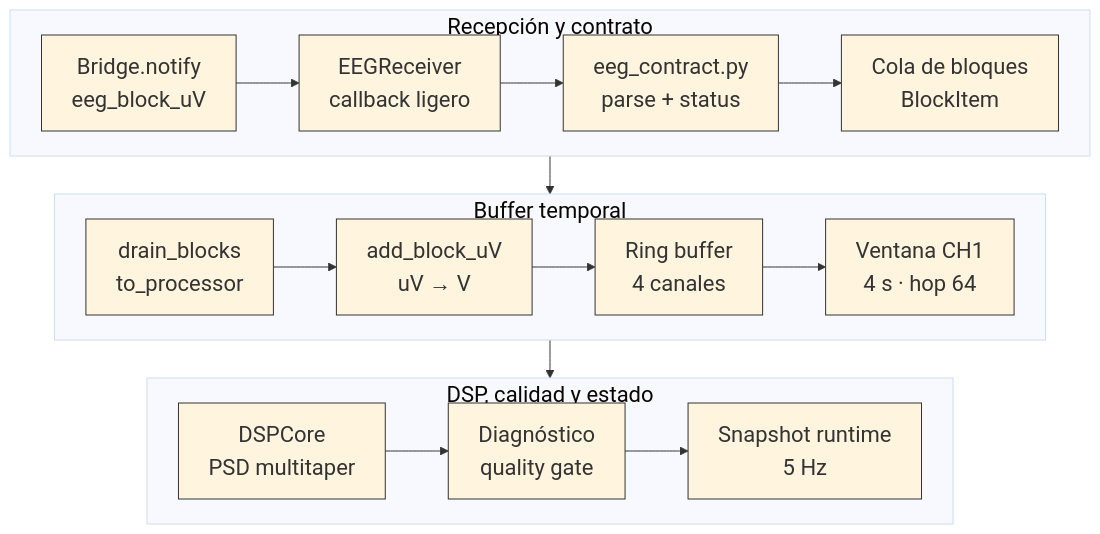
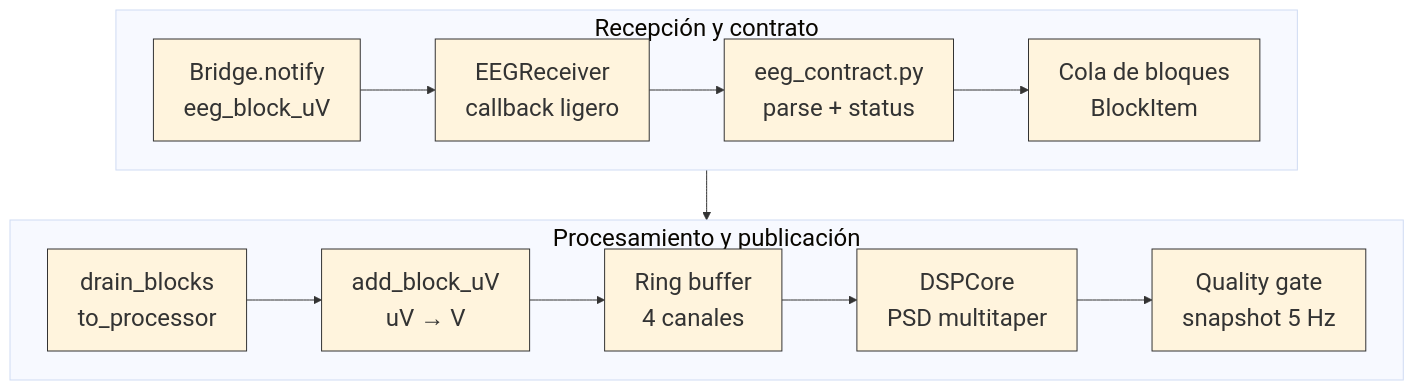
The diagram in TFG_EEG_MIDI/images/uml/impl_backend_flujo_python.mmd (valtorresm97/REDACCION-TFG), drawn with Mermaid before and after one commit.

Commit message:
Reshape backend flow diagram for larger balanced layout

```diff
--- a/TFG_EEG_MIDI/images/uml/impl_backend_flujo_python.mmd
+++ b/TFG_EEG_MIDI/images/uml/impl_backend_flujo_python.mmd
@@ -1,24 +1,18 @@
-%%{init: {"theme": "base", "themeVariables": {"fontSize": "22px", "fontFamily": "Arial", "primaryBorderColor": "#333333", "lineColor": "#333333"}, "flowchart": {"htmlLabels": true, "nodeSpacing": 30, "rankSpacing": 38, "curve": "basis"}}}%%
+%%{init: {"theme": "base", "themeVariables": {"fontSize": "24px", "fontFamily": "Arial", "primaryBorderColor": "#333333", "lineColor": "#333333"}, "flowchart": {"htmlLabels": true, "nodeSpacing": 38, "rankSpacing": 50, "curve": "basis"}}}%%
 flowchart TB
   subgraph rx["Recepción y contrato"]
     direction LR
     event["Bridge.notify<br/>eeg_block_uV"] --> receiver["EEGReceiver<br/>callback ligero"]
     receiver --> contract["eeg_contract.py<br/>parse + status"]
     contract --> queue["Cola de bloques<br/>BlockItem"]
   end
 
-  subgraph buffer["Buffer temporal"]
+  subgraph runtime["Procesamiento y publicación"]
     direction LR
     drain["drain_blocks<br/>to_processor"] --> ingest["add_block_uV<br/>uV → V"]
     ingest --> ring["Ring buffer<br/>4 canales"]
-    ring --> window["Ventana CH1<br/>4 s · hop 64"]
-  end
-
-  subgraph dsp["DSP, calidad y estado"]
-    direction LR
-    core["DSPCore<br/>PSD multitaper"] --> quality["Diagnóstico<br/>quality gate"]
-    quality --> snapshot["Snapshot runtime<br/>5 Hz"]
+    ring --> dsp["DSPCore<br/>PSD multitaper"]
+    dsp --> snapshot["Quality gate<br/>snapshot 5 Hz"]
   end
 
   queue --> drain
-  window --> core
```
